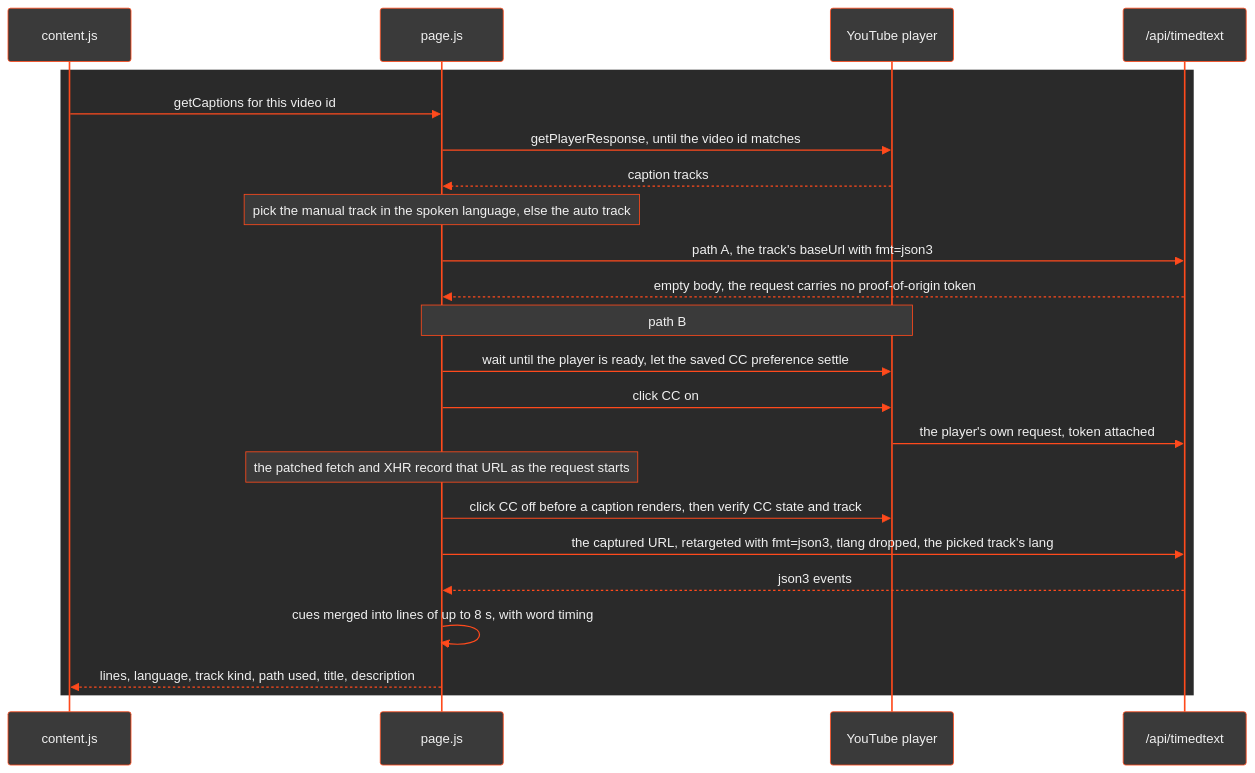
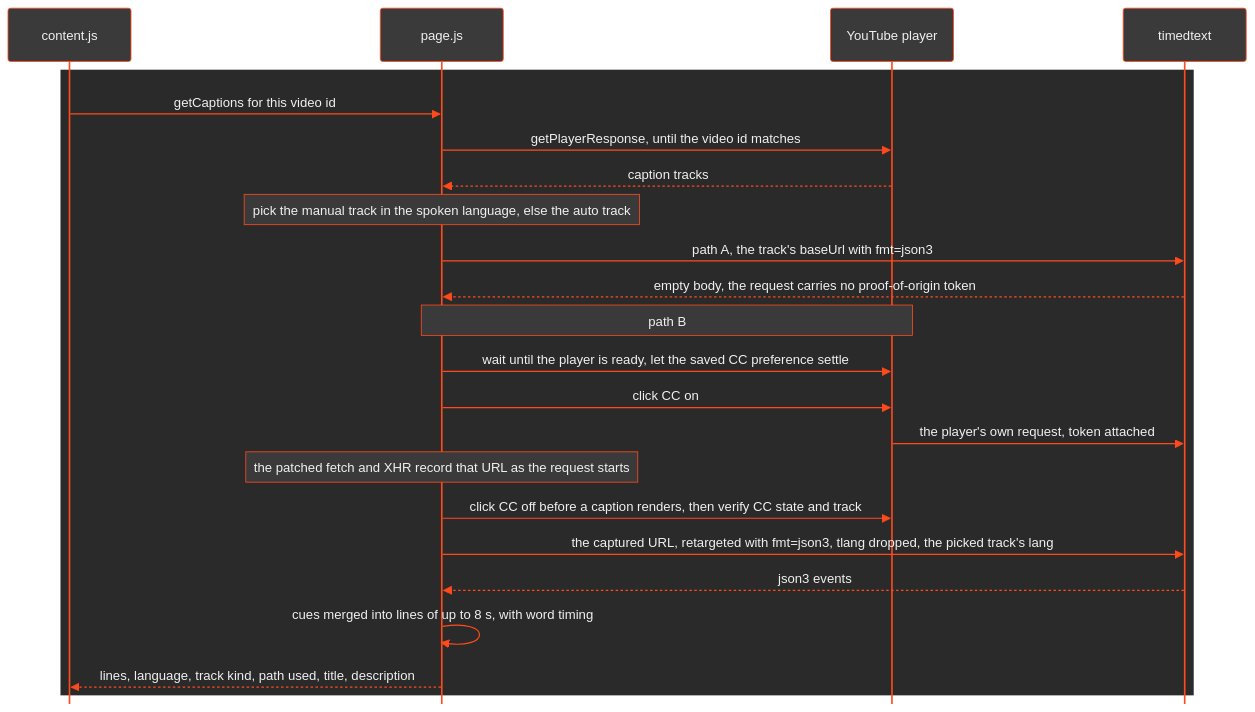
One commit to atishaypahadiya/second-read changed the second of 3 diagrams in README.md. Above: the diagram before and after it, drawn with Mermaid. The commit also changed other lines of this file, not shown here.

First line of the commit message:
README: wider-reading flowchart, unmirrored sequence actors, shorter layout lines

````diff
--- a/README.md
+++ b/README.md
@@ -72,26 +58,26 @@
 ```mermaid
-%%{init: {'theme': 'base', 'themeVariables': {'primaryColor': '#3A3A3A', 'primaryTextColor': '#F0F0F0', 'primaryBorderColor': '#FF4A1C', 'lineColor': '#FF4A1C', 'secondaryColor': '#2A2A2A', 'tertiaryColor': '#2A2A2A', 'actorBkg': '#3A3A3A', 'actorTextColor': '#F0F0F0', 'actorBorder': '#FF4A1C', 'actorLineColor': '#FF4A1C', 'signalColor': '#FF4A1C', 'signalTextColor': '#F0F0F0', 'noteBkgColor': '#3A3A3A', 'noteTextColor': '#F0F0F0', 'noteBorderColor': '#FF4A1C', 'labelBoxBkgColor': '#3A3A3A', 'labelBoxBorderColor': '#FF4A1C', 'labelTextColor': '#F0F0F0', 'loopTextColor': '#F0F0F0'}}}%%
+%%{init: {'theme': 'base', 'themeVariables': {'primaryColor': '#3A3A3A', 'primaryTextColor': '#F0F0F0', 'primaryBorderColor': '#FF4A1C', 'lineColor': '#FF4A1C', 'secondaryColor': '#2A2A2A', 'tertiaryColor': '#2A2A2A', 'actorBkg': '#3A3A3A', 'actorTextColor': '#F0F0F0', 'actorBorder': '#FF4A1C', 'actorLineColor': '#FF4A1C', 'signalColor': '#FF4A1C', 'signalTextColor': '#F0F0F0', 'noteBkgColor': '#3A3A3A', 'noteTextColor': '#F0F0F0', 'noteBorderColor': '#FF4A1C', 'labelBoxBkgColor': '#3A3A3A', 'labelBoxBorderColor': '#FF4A1C', 'labelTextColor': '#F0F0F0', 'loopTextColor': '#F0F0F0'}, 'sequence': {'mirrorActors': false}}}%%
 sequenceDiagram
   participant CS as content.js
   participant PG as page.js
   participant PL as YouTube player
-  participant TT as /api/timedtext
+  participant TT as timedtext
   rect rgb(42, 42, 42)
     CS->>PG: getCaptions for this video id
     PG->>PL: getPlayerResponse, until the video id matches
     PL-->>PG: caption tracks
     Note over PG: pick the manual track in the spoken language, else the auto track
     PG->>TT: path A, the track's baseUrl with fmt=json3
     TT-->>PG: empty body, the request carries no proof-of-origin token
     Note over PG,PL: path B
     PG->>PL: wait until the player is ready, let the saved CC preference settle
     PG->>PL: click CC on
     PL->>TT: the player's own request, token attached
     Note over PG: the patched fetch and XHR record that URL as the request starts
     PG->>PL: click CC off before a caption renders, then verify CC state and track
     PG->>TT: the captured URL, retargeted with fmt=json3, tlang dropped, the picked track's lang
     TT-->>PG: json3 events
     PG->>PG: cues merged into lines of up to 8 s, with word timing
     PG-->>CS: lines, language, track kind, path used, title, description
   end
 ```
````
